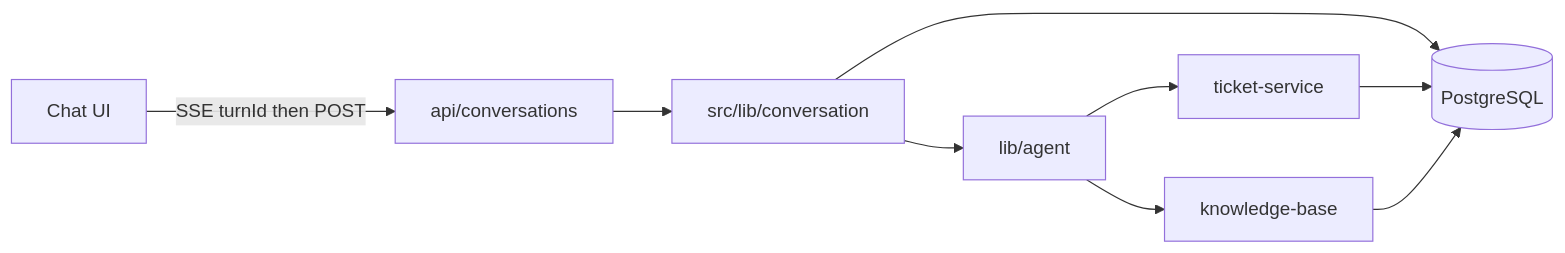
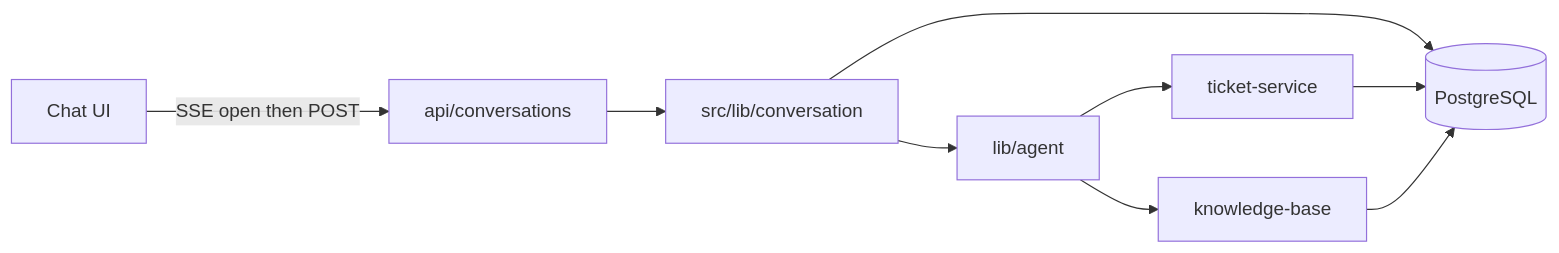
One commit to jsballarini/NexoAssist changed the diagram in docs/desenvolvimento/arquitetura-codigo.md. Above: the diagram before and after it, drawn with Mermaid. The commit also changed other lines of this file and 13 other files, not shown here.

````diff
--- a/docs/desenvolvimento/arquitetura-codigo.md
+++ b/docs/desenvolvimento/arquitetura-codigo.md
@@ -8,19 +8,19 @@
 ```mermaid
 flowchart LR
   UI[Chat UI]
   API[api/conversations]
   Conv[src/lib/conversation]
   Agent[lib/agent]
   TC[ticket-service]
   KB[knowledge-base]
   DB[(PostgreSQL)]
 
-  UI -->|SSE turnId then POST| API
+  UI -->|SSE open then POST| API
   API --> Conv
   Conv --> Agent
   Conv --> DB
   Agent --> TC
   Agent --> KB
   TC --> DB
   KB --> DB
 ```
````
